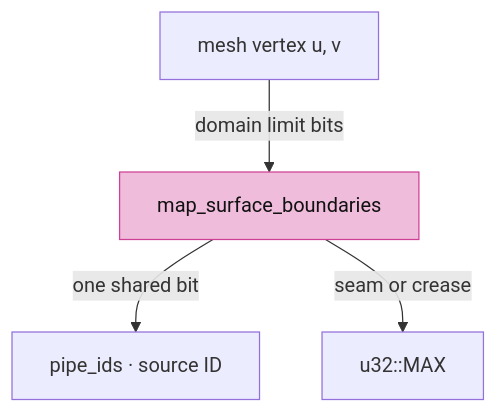
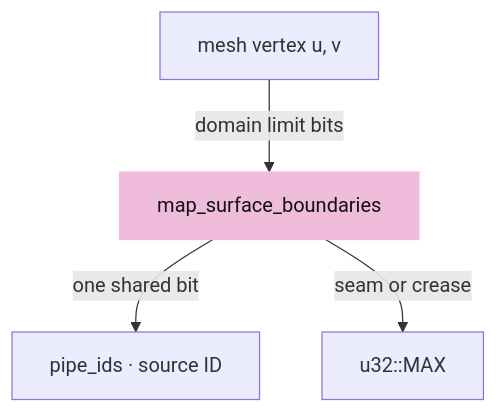
The third of 5 diagrams in session_viewer/docs/08-trimming.md (petrasvestartas/session), drawn with Mermaid before and after one commit. The commit also changed other lines of this file and 324 other files, not shown here.

````diff
--- a/session_viewer/docs/08-trimming.md
+++ b/session_viewer/docs/08-trimming.md
@@ -53,7 +55,7 @@
 ```mermaid
 flowchart TB
     A["mesh vertex u, v"] -- "domain limit bits" --> B["map_surface_boundaries"]
     B -- "one shared bit" --> C["pipe_ids · source ID"]
     B -- "seam or crease" --> D["u32::MAX"]
-    style B fill:#f0bcdb,stroke:#ce4095,color:#111
+    style B fill:#f0bcdb,stroke:#f0bcdb,color:#111
 ```
````
